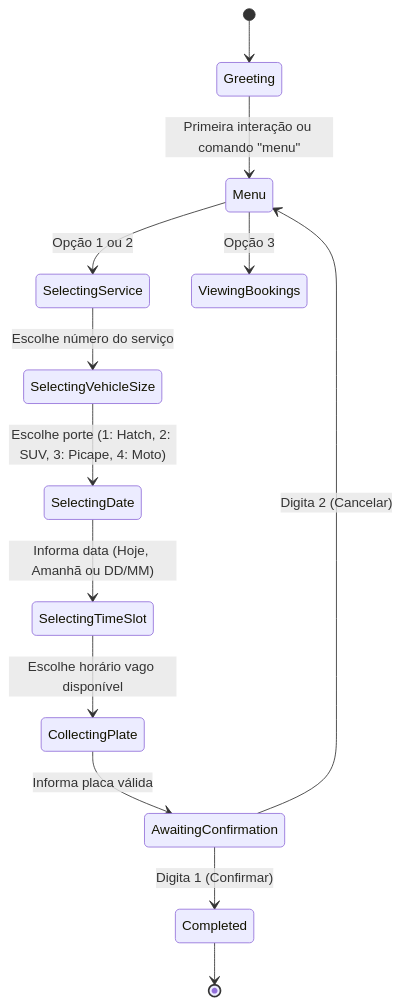
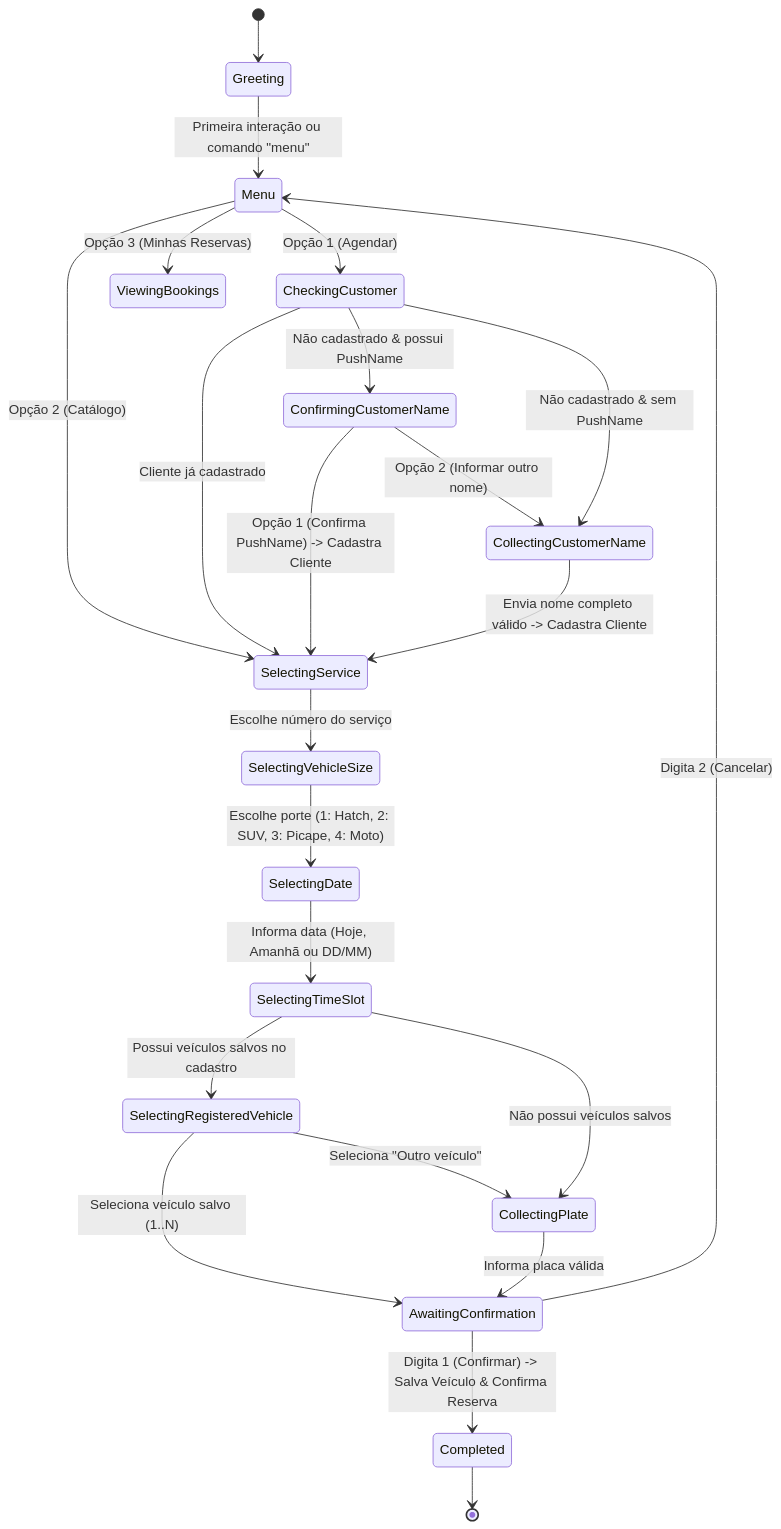
Before and after one commit to ronaldocestrela/lavaway: the second of 2 diagrams in docs/living-docs/agendamento-conversacional-4.3.md, drawn with Mermaid. The commit also changed other lines of this file and 18 other files, not shown here.

Commit message:
feat: add customer fields to chatbot session and implement customer lookup service

````diff
--- a/docs/living-docs/agendamento-conversacional-4.3.md
+++ b/docs/living-docs/agendamento-conversacional-4.3.md
@@ -70,15 +70,31 @@
 ```mermaid
 stateDiagram-v2
     [*] --> Greeting
     Greeting --> Menu: Primeira interação ou comando "menu"
-    Menu --> SelectingService: Opção 1 ou 2
-    Menu --> ViewingBookings: Opção 3
+    
+    Menu --> SelectingService: Opção 2 (Catálogo)
+    Menu --> ViewingBookings: Opção 3 (Minhas Reservas)
+    
+    Menu --> CheckingCustomer: Opção 1 (Agendar)
+    CheckingCustomer --> SelectingService: Cliente já cadastrado
+    CheckingCustomer --> ConfirmingCustomerName: Não cadastrado & possui PushName
+    CheckingCustomer --> CollectingCustomerName: Não cadastrado & sem PushName
+    
+    ConfirmingCustomerName --> SelectingService: Opção 1 (Confirma PushName) -> Cadastra Cliente
+    ConfirmingCustomerName --> CollectingCustomerName: Opção 2 (Informar outro nome)
+    CollectingCustomerName --> SelectingService: Envia nome completo válido -> Cadastra Cliente
+    
     SelectingService --> SelectingVehicleSize: Escolhe número do serviço
     SelectingVehicleSize --> SelectingDate: Escolhe porte (1: Hatch, 2: SUV, 3: Picape, 4: Moto)
     SelectingDate --> SelectingTimeSlot: Informa data (Hoje, Amanhã ou DD/MM)
-    SelectingTimeSlot --> CollectingPlate: Escolhe horário vago disponível
+    
+    SelectingTimeSlot --> SelectingRegisteredVehicle: Possui veículos salvos no cadastro
+    SelectingRegisteredVehicle --> AwaitingConfirmation: Seleciona veículo salvo (1..N)
+    SelectingRegisteredVehicle --> CollectingPlate: Seleciona "Outro veículo"
+    
+    SelectingTimeSlot --> CollectingPlate: Não possui veículos salvos
     CollectingPlate --> AwaitingConfirmation: Informa placa válida
-    AwaitingConfirmation --> Completed: Digita 1 (Confirmar)
+    AwaitingConfirmation --> Completed: Digita 1 (Confirmar) -> Salva Veículo & Confirma Reserva
     AwaitingConfirmation --> Menu: Digita 2 (Cancelar)
     Completed --> [*]
 ```
````
